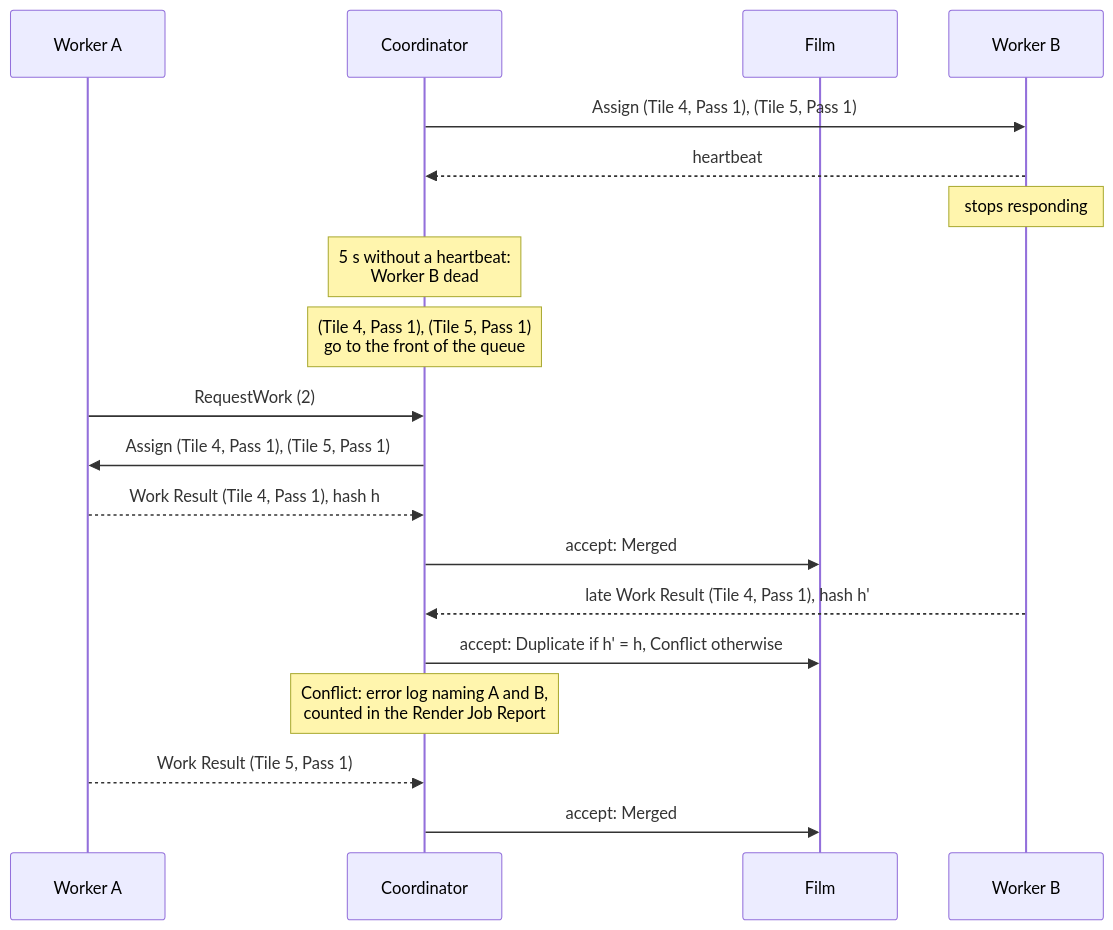
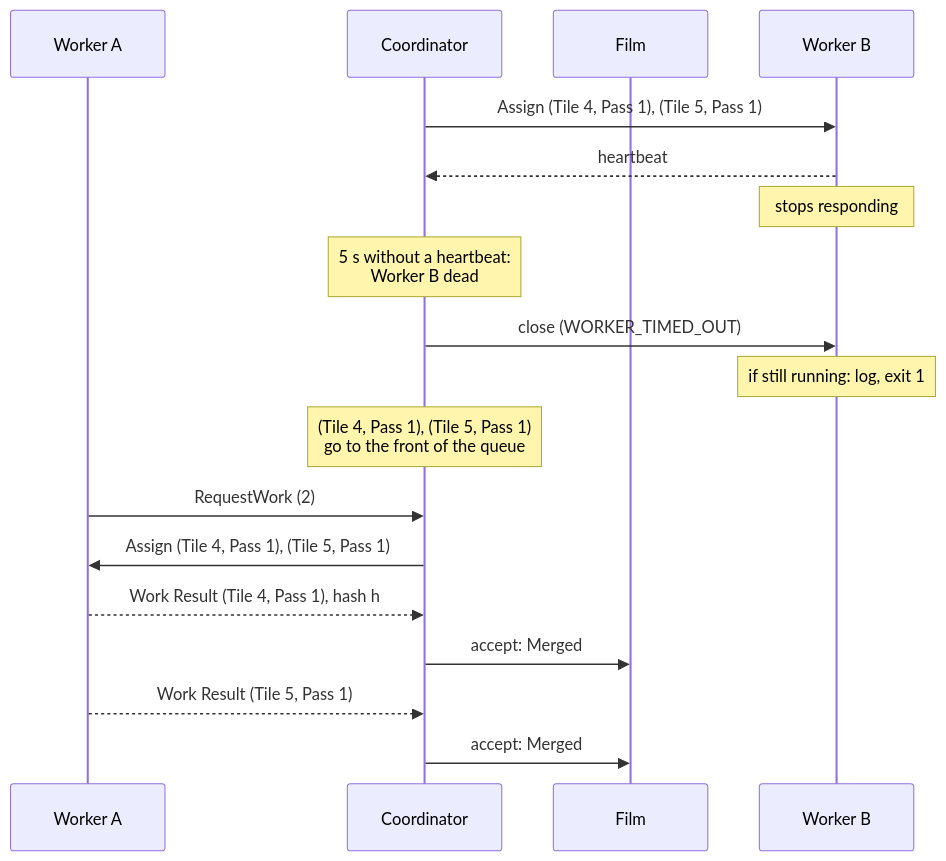
The third of 6 diagrams in docs/architecture/06-runtime-view.md (sergioffpc/umbra), drawn with Mermaid before and after one commit. The commit also changed other lines of this file and 4 other files, not shown here.

First line of the commit message:
docs: record how connections close on worker death and cancellation

````diff
--- a/docs/architecture/06-runtime-view.md
+++ b/docs/architecture/06-runtime-view.md
@@ -90,21 +90,20 @@
 ```mermaid
 sequenceDiagram
     participant A as Worker A
     participant C as Coordinator
     participant F as Film
     participant B as Worker B
     C->>B: Assign (Tile 4, Pass 1), (Tile 5, Pass 1)
     B-->>C: heartbeat
     Note over B: stops responding
     Note over C: 5 s without a heartbeat:<br/>Worker B dead
+    C->>B: close (WORKER_TIMED_OUT)
+    Note over B: if still running: log, exit 1
     Note over C: (Tile 4, Pass 1), (Tile 5, Pass 1)<br/>go to the front of the queue
     A->>C: RequestWork (2)
     C->>A: Assign (Tile 4, Pass 1), (Tile 5, Pass 1)
     A-->>C: Work Result (Tile 4, Pass 1), hash h
     C->>F: accept: Merged
-    B-->>C: late Work Result (Tile 4, Pass 1), hash h'
-    C->>F: accept: Duplicate if h' = h, Conflict otherwise
-    Note over C: Conflict: error log naming A and B,<br/>counted in the Render Job Report
     A-->>C: Work Result (Tile 5, Pass 1)
     C->>F: accept: Merged
 ```
````
